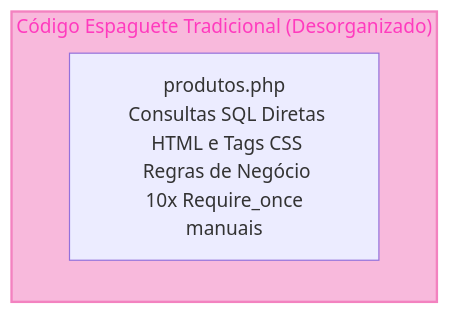
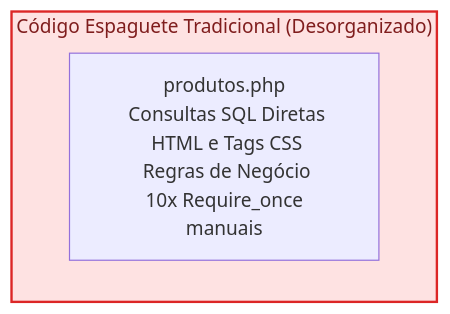
Before and after one commit to sofiacelestino01/CursoBackEnd46bt22026: diagram 24 of 29 in README.md, drawn with Mermaid. The commit also changed other lines of this file and 32 other files, not shown here.

````diff
--- a/README.md
+++ b/README.md
@@ -1980,8 +1989,8 @@
 ```mermaid
 flowchart
     subgraph Caótico ["Código Espaguete Tradicional (Desorganizado)"]
             arq["produtos.php<br/> Consultas SQL Diretas<br/> HTML e Tags CSS<br/> Regras de Negócio<br/> 10x Require_once manuais"]
     end
 
-    style Caótico fill: #f8b9dc, stroke: #f382c0, stroke-width: 2px, color: #ff3bbe
+    style Caótico fill: #fee2e2, stroke: #dc2626, stroke-width: 2px, color: #7f1d1d
 ```
````
